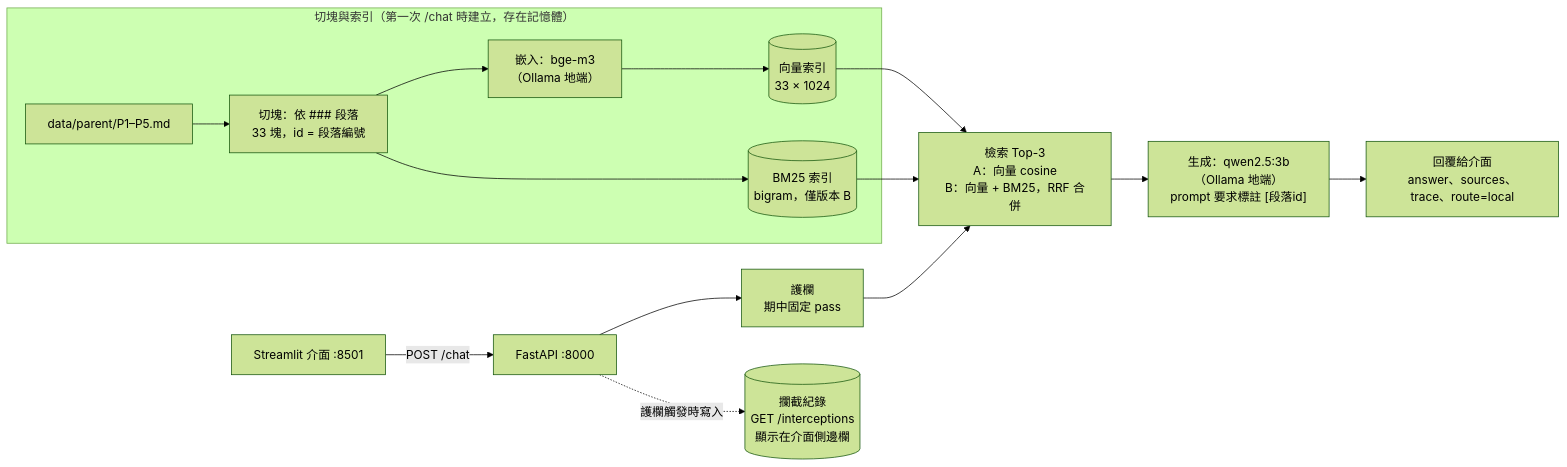
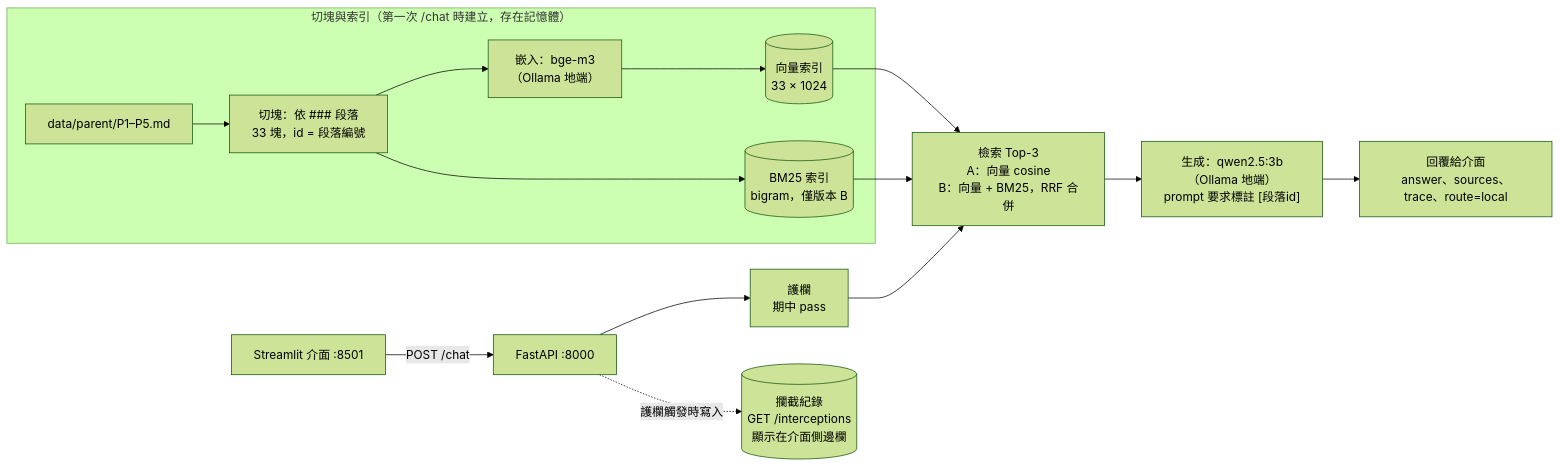
Before and after one commit to HsinYii/creative-learning-parent: the diagram in docs/midterm-report.md, drawn with Mermaid (forest theme).

Commit message:
Shorten guardrail label in architecture diagram

````diff
--- a/docs/midterm-report.md
+++ b/docs/midterm-report.md
@@ -11,18 +11,18 @@
 ```mermaid
 flowchart LR
     subgraph IDX["切塊與索引（第一次 /chat 時建立，存在記憶體）"]
         D["data/parent/P1–P5.md"] --> C["切塊：依 ### 段落<br/>33 塊，id = 段落編號"]
         C --> E["嵌入：bge-m3<br/>（Ollama 地端）"]
         E --> V[("向量索引<br/>33 × 1024")]
         C --> BM[("BM25 索引<br/>bigram，僅版本 B")]
     end
 
     U["Streamlit 介面 :8501"] -->|POST /chat| API["FastAPI :8000"]
-    API --> GR["護欄<br/>期中固定 pass"]
+    API --> GR["護欄<br/>期中 pass"]
     GR --> R["檢索 Top-3<br/>A：向量 cosine<br/>B：向量 + BM25，RRF 合併"]
     V --> R
     BM --> R
     R --> G["生成：qwen2.5:3b<br/>（Ollama 地端）<br/>prompt 要求標註 [段落id]"]
     G --> RESP["回覆給介面<br/>answer、sources、trace、route=local"]
     API -.->|護欄觸發時寫入| LOG[("攔截紀錄<br/>GET /interceptions<br/>顯示在介面側邊欄")]
 ```
````
